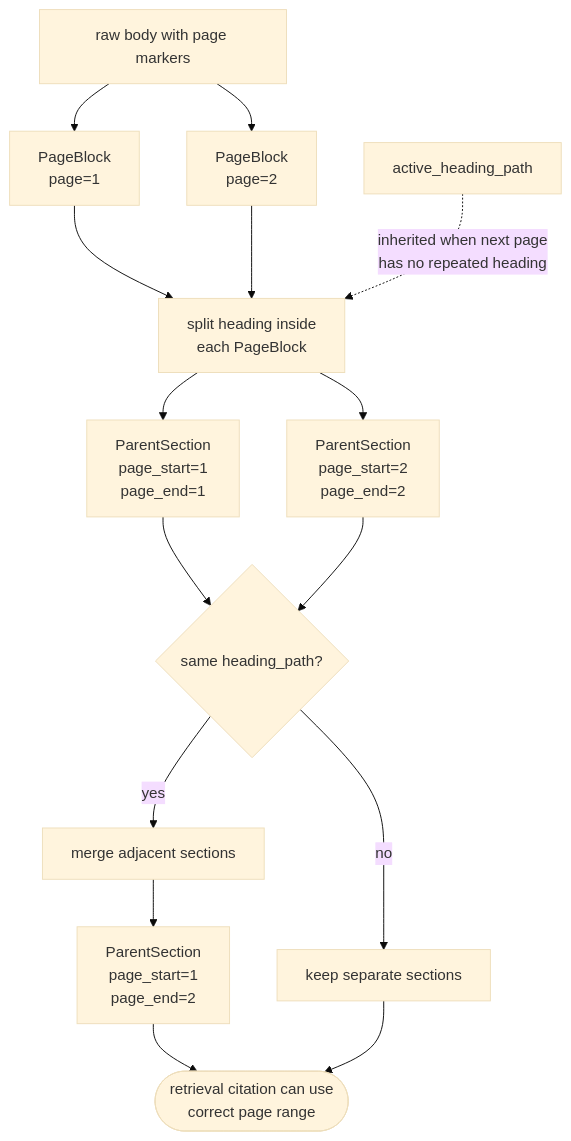
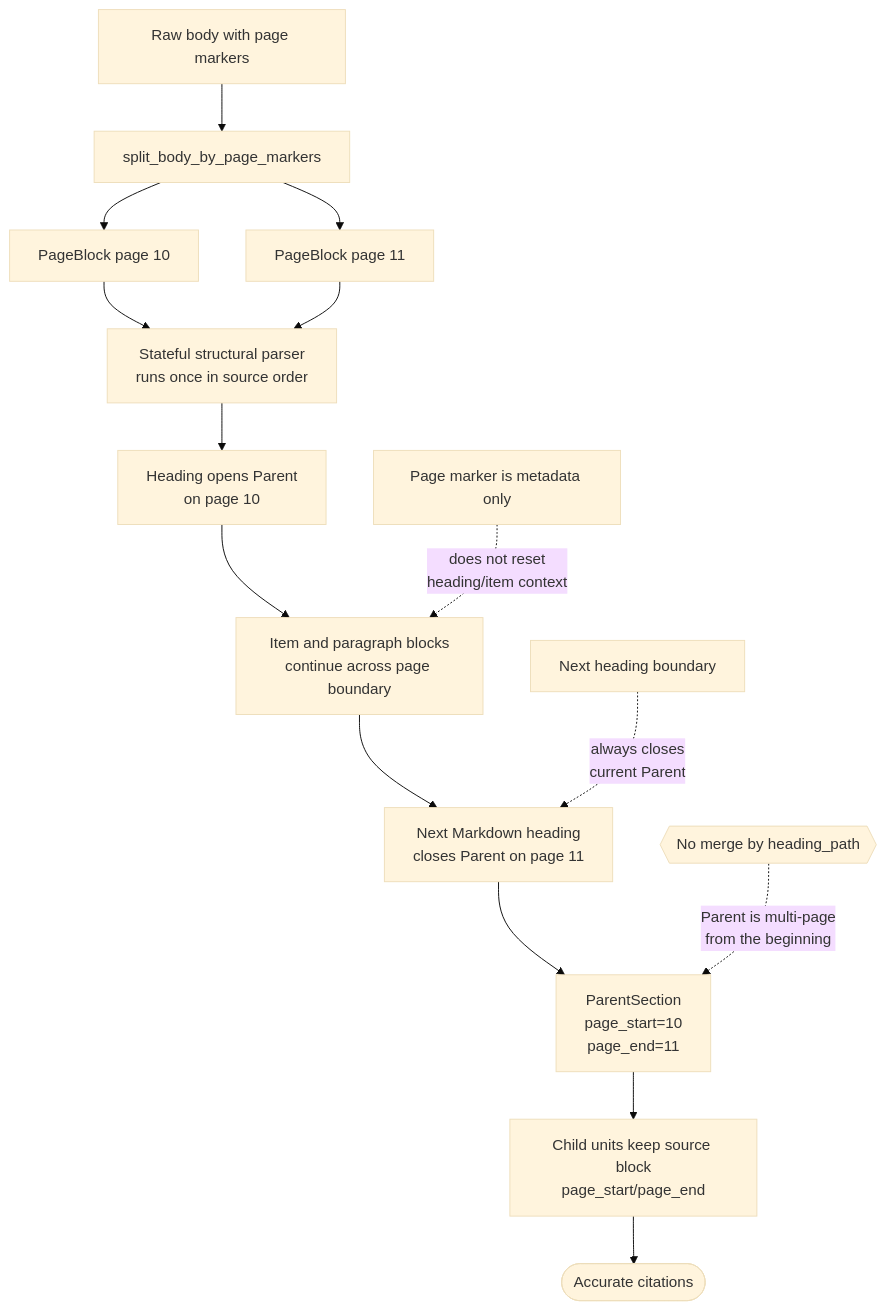
Before and after one commit to Ngocanhjr/CSS-CTU-Student-Service: the diagram in .docs/diagrams/flowchart/09a_page_range_citation_fix_flow.mmd, drawn with Mermaid (base theme). The commit also changed 36 other files, not shown here.

Commit message:
edit guild and add flowchart

```diff
--- a/.docs/diagrams/flowchart/09a_page_range_citation_fix_flow.mmd
+++ b/.docs/diagrams/flowchart/09a_page_range_citation_fix_flow.mmd
@@ -1,28 +1,26 @@
-%% Source: chatbot/.docs/guild_implement/09A_PRE_CHUNK_PARSING_NORMALIZATION_GUIDE.md
-%% Page-aware section merge fixes citation page_start/page_end before retrieval.
+%% Source: 09A_PRE_CHUNK_PARSING_NORMALIZATION_GUIDE.md
+%% Multi-page Parent ranges are built directly from stateful structural blocks.
 
 flowchart TD
-    A[raw body with page markers]
-    B[PageBlock<br/>page=1]
-    C[PageBlock<br/>page=2]
-    D[split heading inside<br/>each PageBlock]
-    E[ParentSection<br/>page_start=1<br/>page_end=1]
-    F[ParentSection<br/>page_start=2<br/>page_end=2]
-    G{same heading_path?}
-    H[merge adjacent sections]
-    I[ParentSection<br/>page_start=1<br/>page_end=2]
-    J([retrieval citation can use<br/>correct page range])
+    A[Raw body with page markers]
+    B[split_body_by_page_markers]
+    C[PageBlock page 10]
+    D[PageBlock page 11]
+    E[Stateful structural parser<br/>runs once in source order]
+    F[Heading opens Parent<br/>on page 10]
+    G[Item and paragraph blocks<br/>continue across page boundary]
+    H[Next Markdown heading<br/>closes Parent on page 11]
+    I[ParentSection<br/>page_start=10<br/>page_end=11]
+    J[Child units keep source block<br/>page_start/page_end]
+    K([Accurate citations])
 
     A --> B
-    A --> C
+    B --> C
     B --> D
-    C --> D
+    C --> E
     D --> E
-    D --> F
-    E --> G
-    F --> G
-    G -->|yes| H --> I --> J
-    G -->|no| K[keep separate sections]
-    K --> J
+    E --> F --> G --> H --> I --> J --> K
 
-    L[active_heading_path] -. inherited when next page<br/>has no repeated heading .-> D
+    L[Page marker is metadata only] -. does not reset<br/>heading/item context .-> G
+    M{{No merge by heading_path}} -. Parent is multi-page<br/>from the beginning .-> I
+    N[Next heading boundary] -. always closes<br/>current Parent .-> H
```
